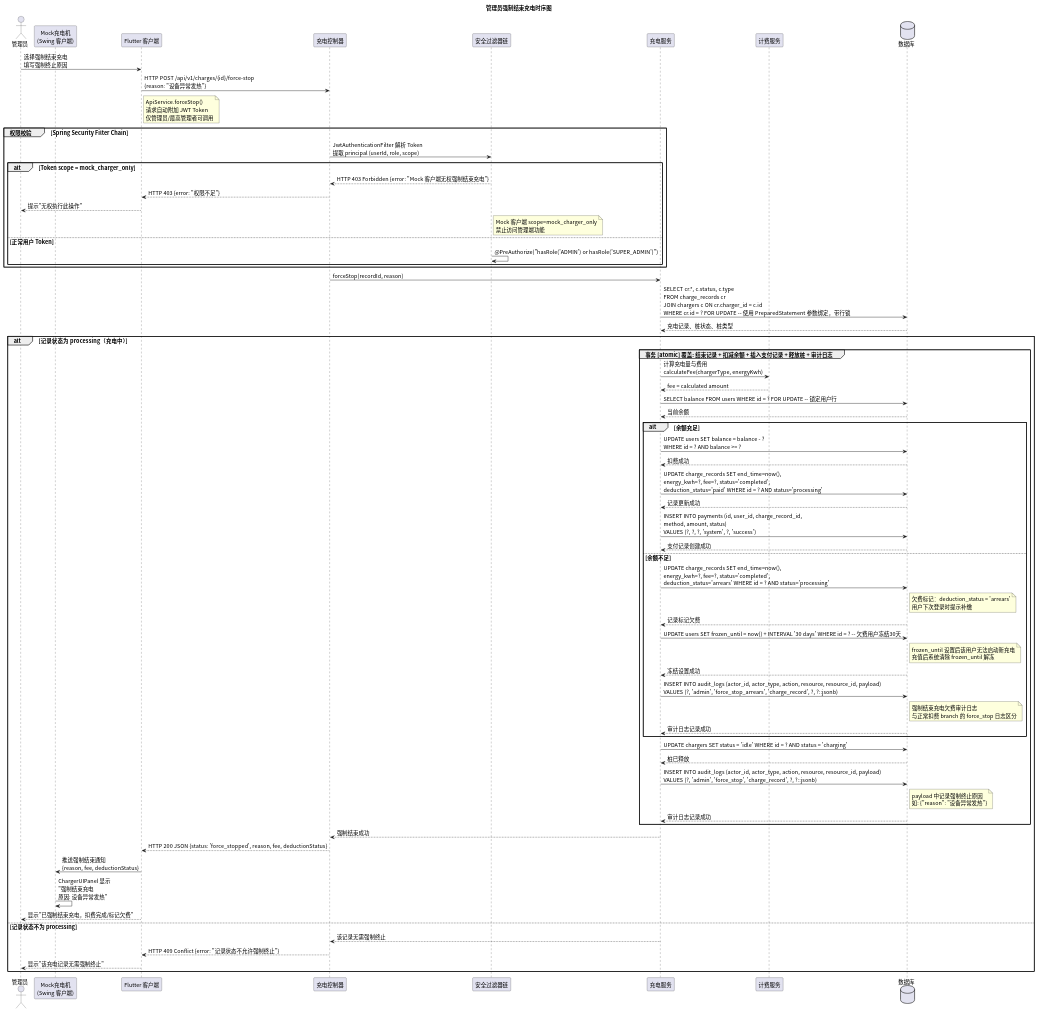
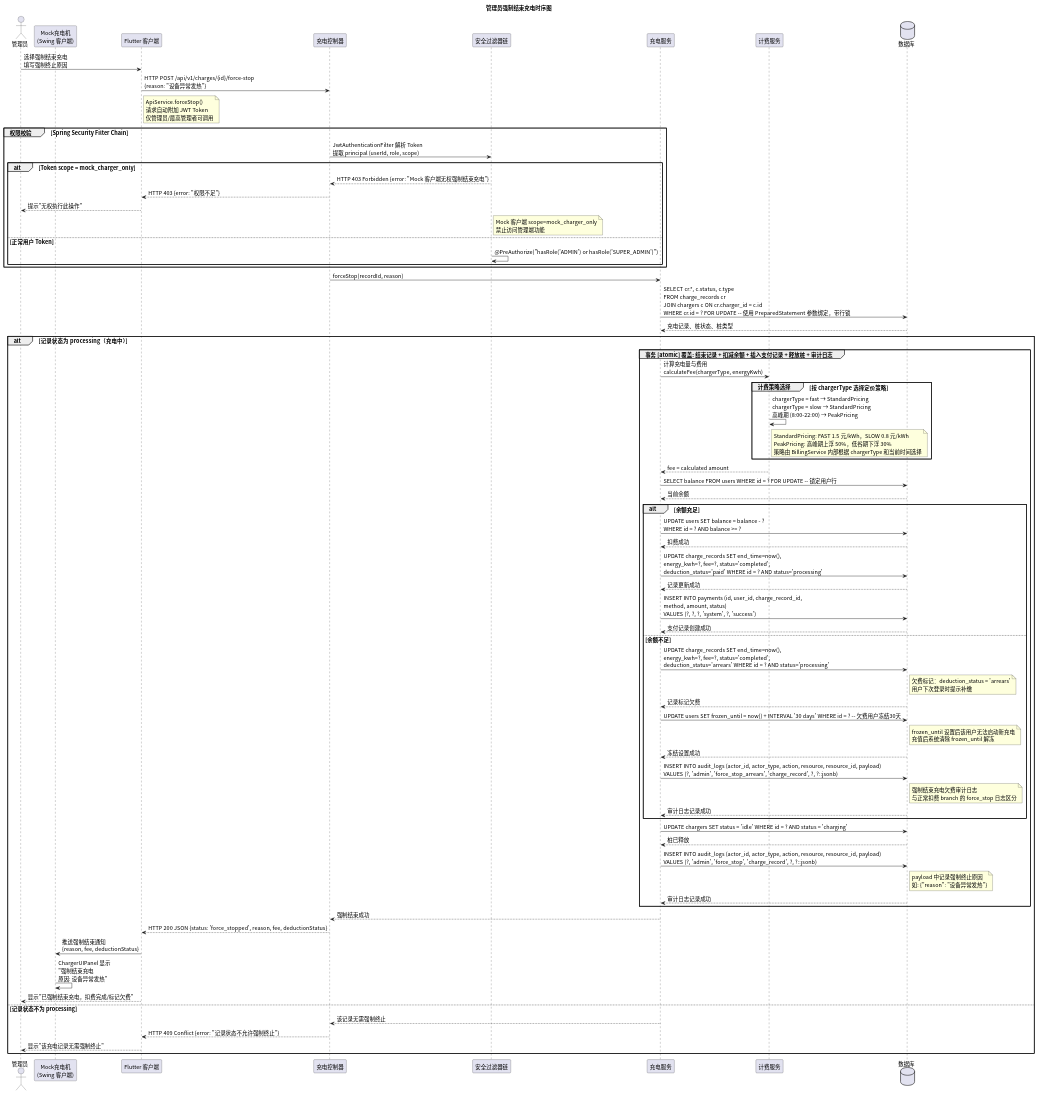
The diagram in time/src/sequence_force_stop.puml (greenhandzdl/charging-station-doc), drawn with PlantUML before and after one commit. The commit also changed 19 other files, not shown here.

```diff
--- a/time/src/sequence_force_stop.puml
+++ b/time/src/sequence_force_stop.puml
@@ -1,87 +1,93 @@
 @startuml
 skinparam defaultFontName "Noto Sans CJK SC"
 skinparam defaultFontSize 14
 title 管理员强制结束充电时序图
 
 ' 所有 SQL 操作使用 PreparedStatement 参数绑定，禁止字符串拼接
 actor 管理员 as Admin
 participant "Mock充电机\n(Swing 客户端)" as MC
 participant "Flutter 客户端" as FE
 participant "充电控制器" as Ctrl
 participant "安全过滤器链" as Security
 participant "充电服务" as Service
 participant "计费服务" as Bill
 database 数据库 as DB
 
 Admin -> FE: 选择强制结束充电\n填写强制终止原因
 FE -> Ctrl: HTTP POST /api/v1/charges/{id}/force-stop\n{reason: "设备异常发热"}
 note right FE : ApiService.forceStop()\n请求自动附加 JWT Token\n仅管理员/最高管理者可调用
 
 group 权限校验 [Spring Security Filter Chain]
   Ctrl -> Security: JwtAuthenticationFilter 解析 Token\n提取 principal (userId, role, scope)
 
   alt Token scope = mock_charger_only
     Security --> Ctrl: HTTP 403 Forbidden {error: "Mock 客户端无权强制结束充电"}
     Ctrl --> FE: HTTP 403 {error: "权限不足"}
     FE --> Admin: 提示"无权执行此操作"
     note right Security : Mock 客户端 scope=mock_charger_only\n禁止访问管理端功能
   else 正常用户 Token
     Security -> Security: @PreAuthorize("hasRole('ADMIN') or hasRole('SUPER_ADMIN')")
   end
 end
 
 Ctrl -> Service: forceStop(recordId, reason)
 
 Service -> DB: SELECT cr.*, c.status, c.type\nFROM charge_records cr\nJOIN chargers c ON cr.charger_id = c.id\nWHERE cr.id = ? FOR UPDATE -- 使用 PreparedStatement 参数绑定，带行锁
 DB --> Service: 充电记录、桩状态、桩类型
 
 alt 记录状态为 processing（充电中）
   group 事务 [atomic] 覆盖: 结束记录 + 扣减余额 + 插入支付记录 + 释放桩 + 审计日志
     Service -> Bill: 计算充电量与费用\ncalculateFee(chargerType, energyKwh)
+
+    group 计费策略选择 [按 chargerType 选择定价策略]
+      Bill -> Bill: chargerType = fast → StandardPricing\nchargerType = slow → StandardPricing\n高峰期 (8:00-22:00) → PeakPricing
+      note right Bill : StandardPricing: FAST 1.5 元/kWh，SLOW 0.8 元/kWh\nPeakPricing: 高峰期上浮 50%，低谷期下浮 30%\n策略由 BillingService 内部根据 chargerType 和当前时间选择
+    end
+
 Bill --> Service: fee = calculated amount
 
     Service -> DB: SELECT balance FROM users WHERE id = ? FOR UPDATE -- 锁定用户行
     DB --> Service: 当前余额
 
     alt 余额充足
       Service -> DB: UPDATE users SET balance = balance - ?\nWHERE id = ? AND balance >= ?
       DB --> Service: 扣费成功
 
       Service -> DB: UPDATE charge_records SET end_time=now(),\nenergy_kwh=?, fee=?, status='completed',\ndeduction_status='paid' WHERE id = ? AND status='processing'
       DB --> Service: 记录更新成功
 
       Service -> DB: INSERT INTO payments (id, user_id, charge_record_id,\nmethod, amount, status)\nVALUES (?, ?, ?, 'system', ?, 'success')
       DB --> Service: 支付记录创建成功
     else 余额不足
       Service -> DB: UPDATE charge_records SET end_time=now(),\nenergy_kwh=?, fee=?, status='completed',\ndeduction_status='arrears' WHERE id = ? AND status='processing'
       note right DB : 欠费标记：deduction_status = 'arrears'\n用户下次登录时提示补缴
       DB --> Service: 记录标记欠费
 
       Service -> DB: UPDATE users SET frozen_until = now() + INTERVAL '30 days' WHERE id = ? -- 欠费用户冻结30天
       note right DB : frozen_until 设置后该用户无法启动新充电\n充值后系统清除 frozen_until 解冻
       DB --> Service: 冻结设置成功
 
       Service -> DB: INSERT INTO audit_logs (actor_id, actor_type, action, resource, resource_id, payload)\nVALUES (?, 'admin', 'force_stop_arrears', 'charge_record', ?, ?::jsonb)
       note right DB : 强制结束充电欠费审计日志\n与正常扣费 branch 的 force_stop 日志区分
       DB --> Service: 审计日志记录成功
     end
 
     Service -> DB: UPDATE chargers SET status = 'idle' WHERE id = ? AND status = 'charging'
     DB --> Service: 桩已释放
 
     Service -> DB: INSERT INTO audit_logs (actor_id, actor_type, action, resource, resource_id, payload)\nVALUES (?, 'admin', 'force_stop', 'charge_record', ?, ?::jsonb)
     note right DB : payload 中记录强制终止原因\n如: {"reason": "设备异常发热"}
     DB --> Service: 审计日志记录成功
   end
 
   Service --> Ctrl: 强制结束成功
   Ctrl --> FE: HTTP 200 JSON {status: 'force_stopped', reason, fee, deductionStatus}
   FE -> MC: 推送强制结束通知\n{reason, fee, deductionStatus}
   MC -> MC: ChargerUIPanel 显示\n"强制结束充电\n原因: 设备异常发热"
   FE --> Admin: 显示"已强制结束充电，扣费完成/标记欠费"
 else 记录状态不为 processing
   Service --> Ctrl: 该记录无需强制终止
   Ctrl --> FE: HTTP 409 Conflict {error: "记录状态不允许强制终止"}
   FE --> Admin: 显示"该充电记录无需强制终止"
 end
 @enduml
```
